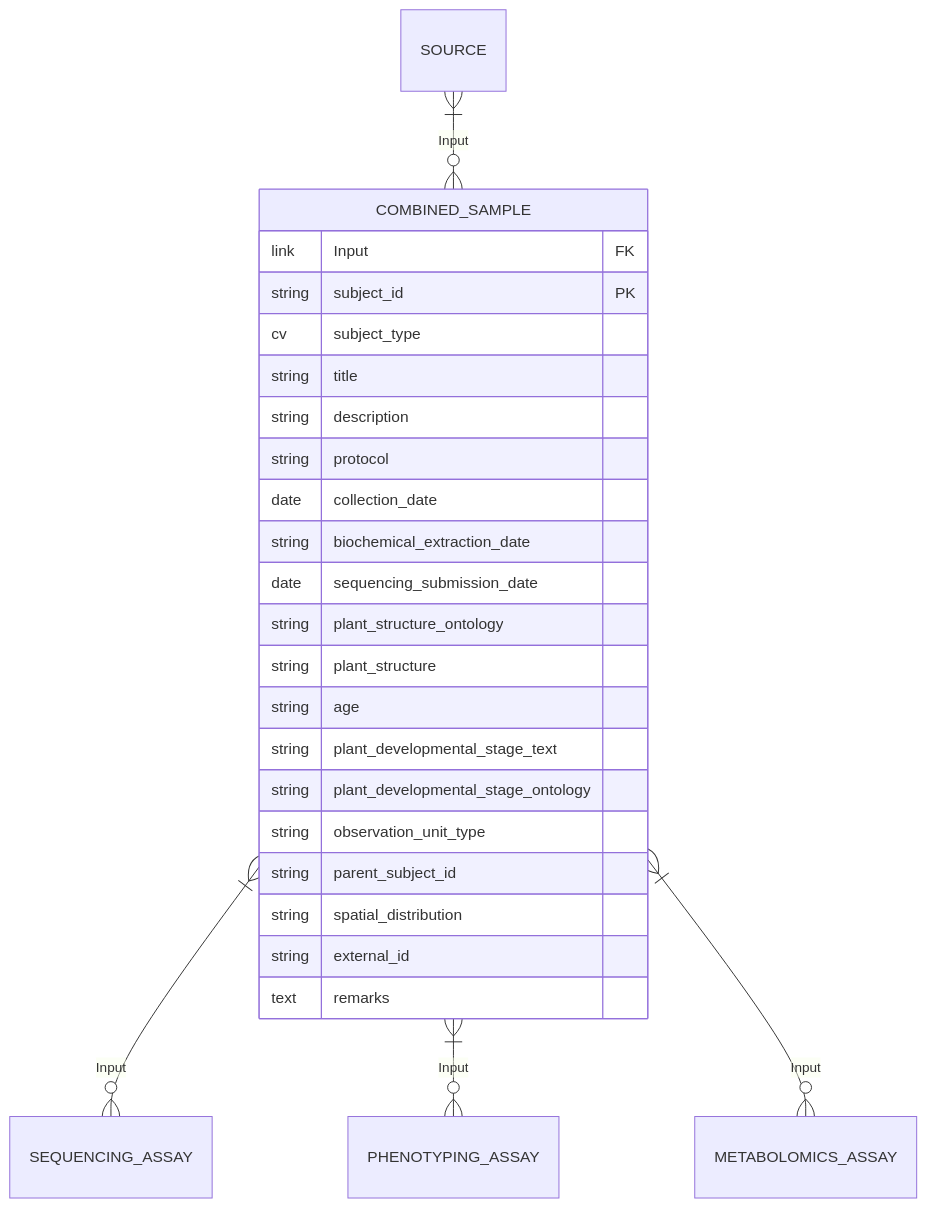
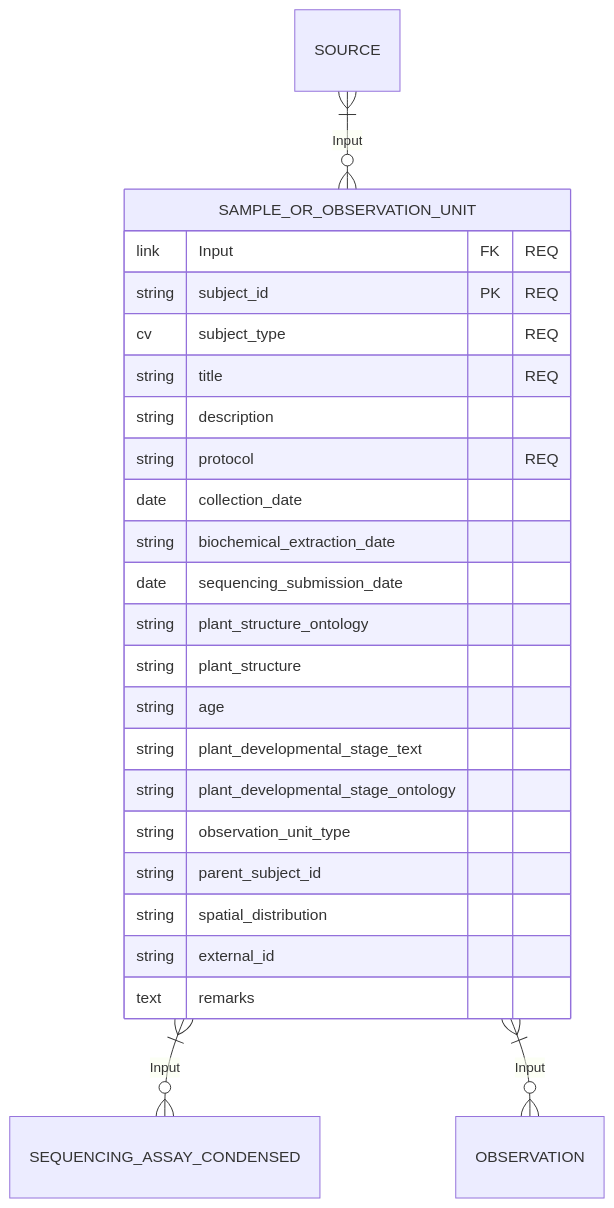
The fifth of 5 diagrams in docs/concepts/metadata-model.md (CropXR/documentation), drawn with Mermaid before and after one commit. The commit also changed other lines of this file, not shown here.

Commit message:
docs(concepts): draw the diagrams from model 1.0 as requested, not the current 1.3.0

````diff
--- a/docs/concepts/metadata-model.md
+++ b/docs/concepts/metadata-model.md
@@ -396,29 +328,28 @@
 ```mermaid
 erDiagram
-    SOURCE }|--o{ COMBINED_SAMPLE : Input
-    COMBINED_SAMPLE }|--o{ SEQUENCING_ASSAY : Input
-    COMBINED_SAMPLE }|--o{ PHENOTYPING_ASSAY : Input
-    COMBINED_SAMPLE }|--o{ METABOLOMICS_ASSAY : Input
+    SOURCE }|--o{ SAMPLE_OR_OBSERVATION_UNIT : Input
+    SAMPLE_OR_OBSERVATION_UNIT }|--o{ SEQUENCING_ASSAY_CONDENSED : Input
+    SAMPLE_OR_OBSERVATION_UNIT }|--o{ OBSERVATION : Input
 
-    COMBINED_SAMPLE {
-        link Input FK
-        string subject_id PK
-        cv subject_type
-        string title
+    SAMPLE_OR_OBSERVATION_UNIT {
+        link Input FK "REQ"
+        string subject_id PK "REQ"
+        cv subject_type "REQ"
+        string title "REQ"
         string description
-        string protocol
+        string protocol "REQ"
         date collection_date
         string biochemical_extraction_date
         date sequencing_submission_date
         string plant_structure_ontology
         string plant_structure
         string age
         string plant_developmental_stage_text
         string plant_developmental_stage_ontology
         string observation_unit_type
         string parent_subject_id
         string spatial_distribution
         string external_id
         text remarks
     }
 ```
````
